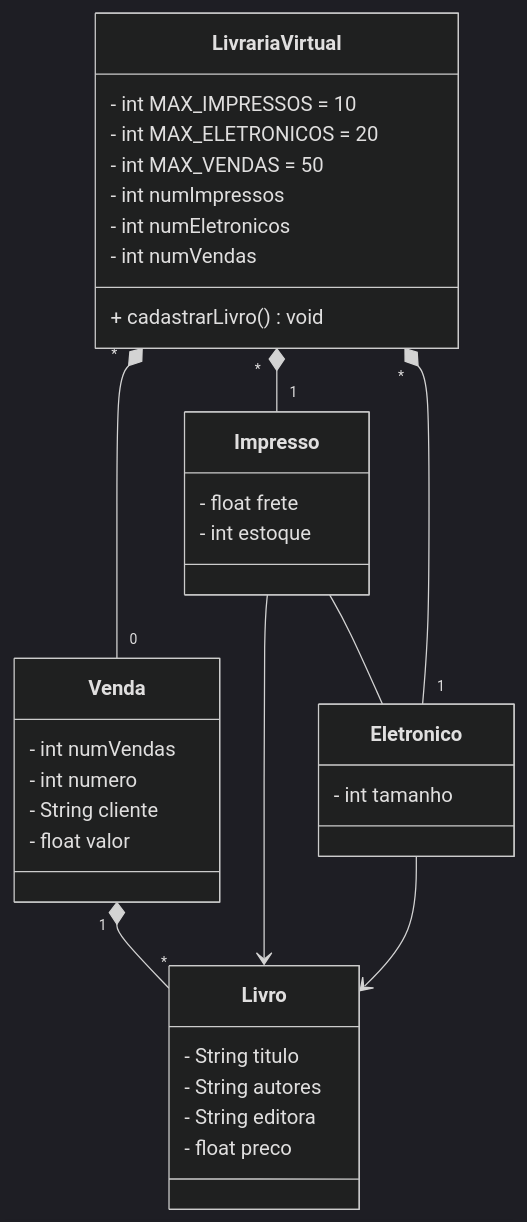
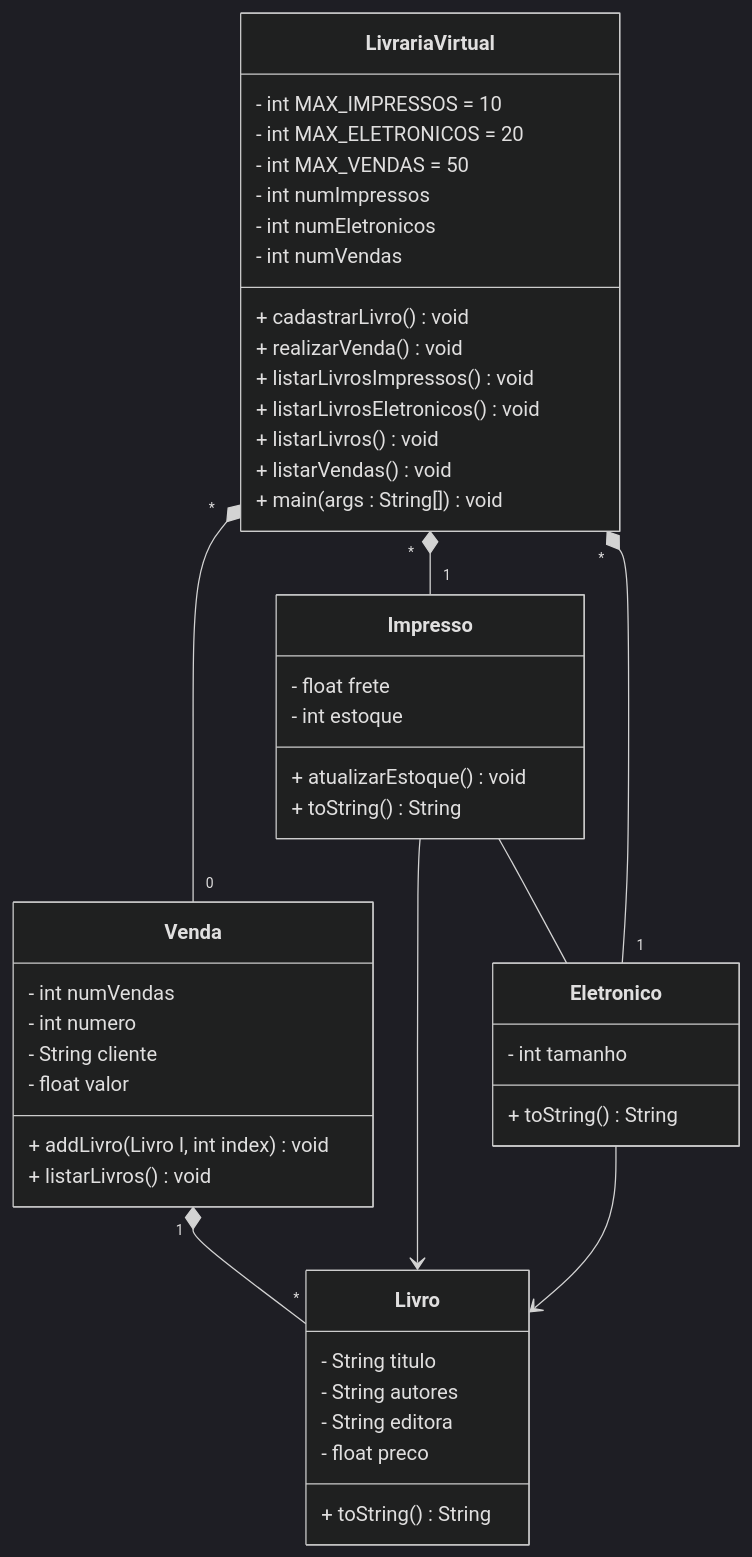
One commit to DevTrail-Squad-4/Desafiodalivraria changed the diagram in README.md. Above: the diagram before and after it, drawn with Mermaid (dark theme).

````diff
--- a/README.md
+++ b/README.md
@@ -3,46 +3,58 @@
 ```mermaid
 classDiagram
   class LivrariaVirtual {
     - int MAX_IMPRESSOS = 10
     - int MAX_ELETRONICOS = 20
     - int MAX_VENDAS = 50
     - int numImpressos
     - int numEletronicos
     - int numVendas
 	+ cadastrarLivro() void
++ realizarVenda() void
++ listarLivrosImpressos() void
++ listarLivrosEletronicos() void
++ listarLivros() void
++ listarVendas() void
++ main(args : String[]) void
   }
 
   class Venda {
     - int numVendas
     - int numero
     - String cliente
     - float valor
++ addLivro(Livro l, int index) void
++ listarLivros() void
   }
 
   class Impresso {
     - float frete
     - int estoque
++ atualizarEstoque() void
++ toString() String
   }
 
   class Eletronico {
     - int tamanho
++ toString() String
   }
 
   class Livro {
     - String titulo
     - String autores
     - String editora
     - float preco
++ toString() String
   }
 
   LivrariaVirtual "*" *-- "0" Venda
   LivrariaVirtual "*" *-- "1" Impresso
   LivrariaVirtual "*" *-- "1" Eletronico
   Venda "1" *-- "*" Livro
   Impresso --> Livro
   Eletronico --> Livro
   Impresso -- Eletronico
 
 
 
 ```
````
